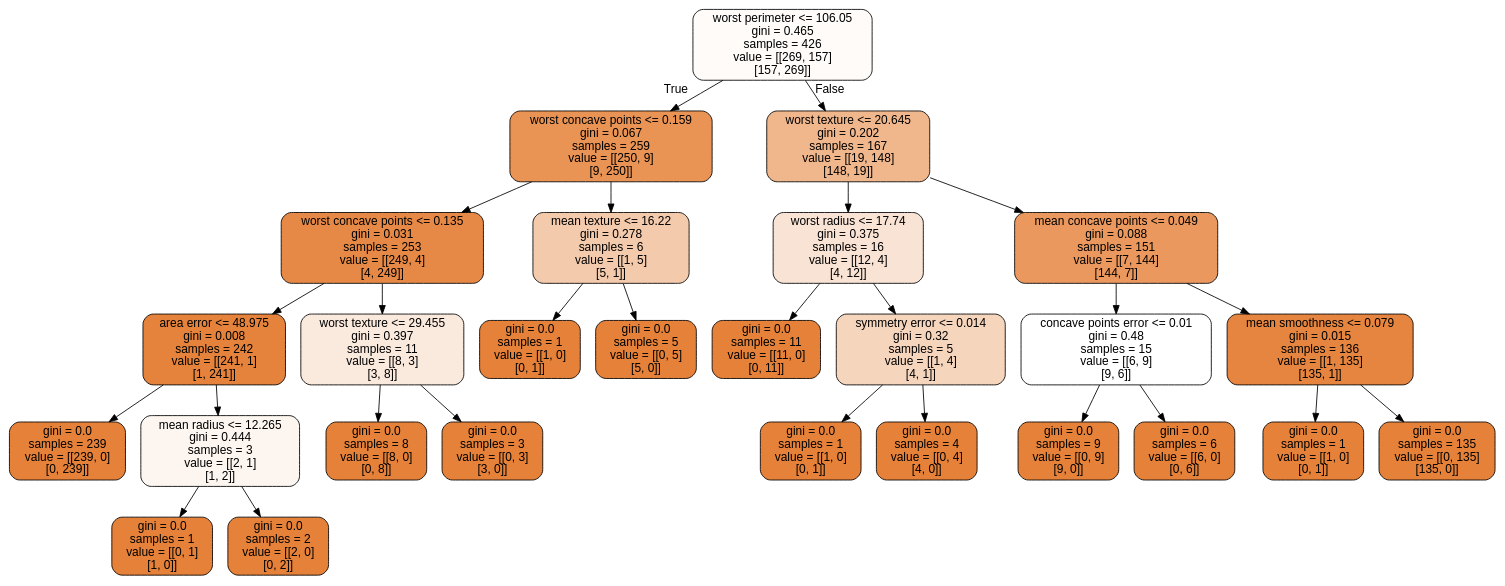
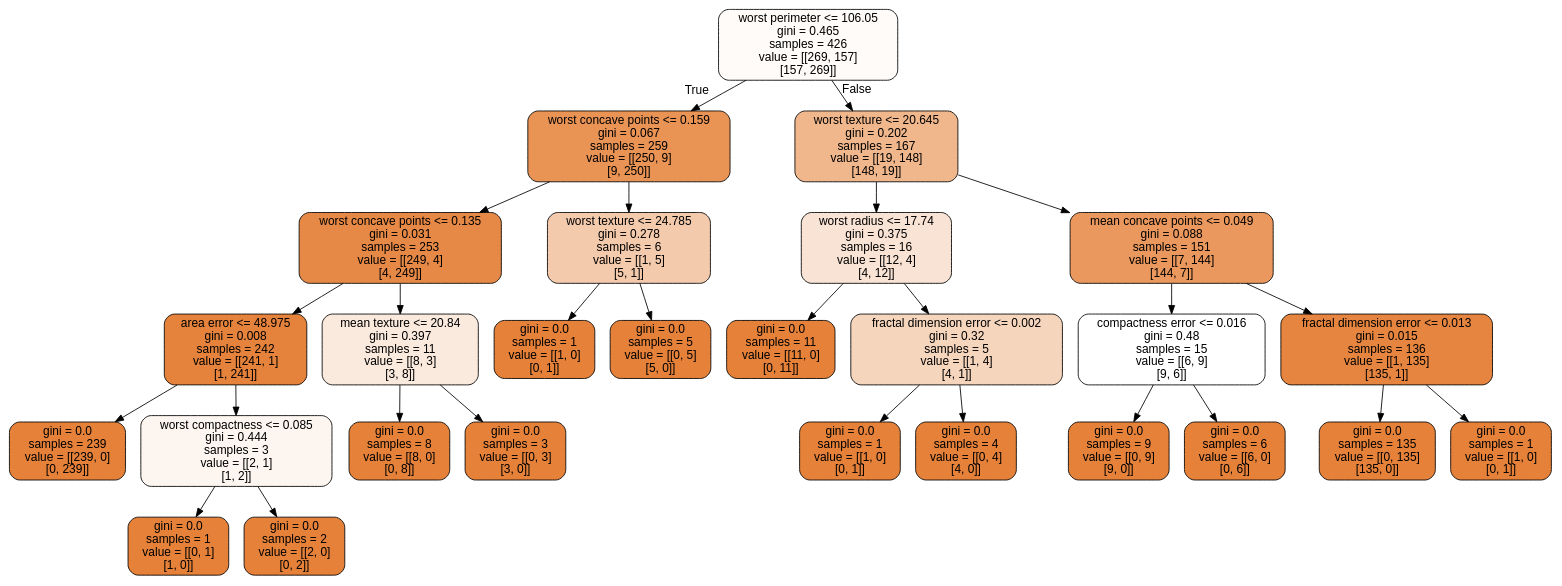
Before and after one commit to CompPhysics/MachineLearning: the diagram in doc/LectureNotes/DataFiles/cancer.dot, drawn with Graphviz. The commit also changed 169 other files, not shown here.

```diff
--- a/doc/LectureNotes/DataFiles/cancer.dot
+++ b/doc/LectureNotes/DataFiles/cancer.dot
@@ -1,57 +1,57 @@
 digraph Tree {
 node [shape=box, style="filled, rounded", color="black", fontname="helvetica"] ;
 edge [fontname="helvetica"] ;
 0 [label="worst perimeter <= 106.05\ngini = 0.465\nsamples = 426\nvalue = [[269, 157]\n[157, 269]]", fillcolor="#fefbf9"] ;
 1 [label="worst concave points <= 0.159\ngini = 0.067\nsamples = 259\nvalue = [[250, 9]\n[9, 250]]", fillcolor="#e99355"] ;
 0 -> 1 [labeldistance=2.5, labelangle=45, headlabel="True"] ;
 2 [label="worst concave points <= 0.135\ngini = 0.031\nsamples = 253\nvalue = [[249, 4]\n[4, 249]]", fillcolor="#e78946"] ;
 1 -> 2 ;
 3 [label="area error <= 48.975\ngini = 0.008\nsamples = 242\nvalue = [[241, 1]\n[1, 241]]", fillcolor="#e5833c"] ;
 2 -> 3 ;
 4 [label="gini = 0.0\nsamples = 239\nvalue = [[239, 0]\n[0, 239]]", fillcolor="#e58139"] ;
 3 -> 4 ;
-5 [label="mean radius <= 12.265\ngini = 0.444\nsamples = 3\nvalue = [[2, 1]\n[1, 2]]", fillcolor="#fdf6f0"] ;
+5 [label="worst compactness <= 0.085\ngini = 0.444\nsamples = 3\nvalue = [[2, 1]\n[1, 2]]", fillcolor="#fdf6f0"] ;
 3 -> 5 ;
 6 [label="gini = 0.0\nsamples = 1\nvalue = [[0, 1]\n[1, 0]]", fillcolor="#e58139"] ;
 5 -> 6 ;
 7 [label="gini = 0.0\nsamples = 2\nvalue = [[2, 0]\n[0, 2]]", fillcolor="#e58139"] ;
 5 -> 7 ;
-8 [label="worst texture <= 29.455\ngini = 0.397\nsamples = 11\nvalue = [[8, 3]\n[3, 8]]", fillcolor="#fae9dd"] ;
+8 [label="mean texture <= 20.84\ngini = 0.397\nsamples = 11\nvalue = [[8, 3]\n[3, 8]]", fillcolor="#fae9dd"] ;
 2 -> 8 ;
 9 [label="gini = 0.0\nsamples = 8\nvalue = [[8, 0]\n[0, 8]]", fillcolor="#e58139"] ;
 8 -> 9 ;
 10 [label="gini = 0.0\nsamples = 3\nvalue = [[0, 3]\n[3, 0]]", fillcolor="#e58139"] ;
 8 -> 10 ;
-11 [label="mean texture <= 16.22\ngini = 0.278\nsamples = 6\nvalue = [[1, 5]\n[5, 1]]", fillcolor="#f4caac"] ;
+11 [label="worst texture <= 24.785\ngini = 0.278\nsamples = 6\nvalue = [[1, 5]\n[5, 1]]", fillcolor="#f4caac"] ;
 1 -> 11 ;
 12 [label="gini = 0.0\nsamples = 1\nvalue = [[1, 0]\n[0, 1]]", fillcolor="#e58139"] ;
 11 -> 12 ;
 13 [label="gini = 0.0\nsamples = 5\nvalue = [[0, 5]\n[5, 0]]", fillcolor="#e58139"] ;
 11 -> 13 ;
 14 [label="worst texture <= 20.645\ngini = 0.202\nsamples = 167\nvalue = [[19, 148]\n[148, 19]]", fillcolor="#f0b68c"] ;
 0 -> 14 [labeldistance=2.5, labelangle=-45, headlabel="False"] ;
 15 [label="worst radius <= 17.74\ngini = 0.375\nsamples = 16\nvalue = [[12, 4]\n[4, 12]]", fillcolor="#f9e3d4"] ;
 14 -> 15 ;
 16 [label="gini = 0.0\nsamples = 11\nvalue = [[11, 0]\n[0, 11]]", fillcolor="#e58139"] ;
 15 -> 16 ;
-17 [label="symmetry error <= 0.014\ngini = 0.32\nsamples = 5\nvalue = [[1, 4]\n[4, 1]]", fillcolor="#f6d5bd"] ;
+17 [label="fractal dimension error <= 0.002\ngini = 0.32\nsamples = 5\nvalue = [[1, 4]\n[4, 1]]", fillcolor="#f6d5bd"] ;
 15 -> 17 ;
 18 [label="gini = 0.0\nsamples = 1\nvalue = [[1, 0]\n[0, 1]]", fillcolor="#e58139"] ;
 17 -> 18 ;
 19 [label="gini = 0.0\nsamples = 4\nvalue = [[0, 4]\n[4, 0]]", fillcolor="#e58139"] ;
 17 -> 19 ;
 20 [label="mean concave points <= 0.049\ngini = 0.088\nsamples = 151\nvalue = [[7, 144]\n[144, 7]]", fillcolor="#ea985d"] ;
 14 -> 20 ;
-21 [label="concave points error <= 0.01\ngini = 0.48\nsamples = 15\nvalue = [[6, 9]\n[9, 6]]", fillcolor="#ffffff"] ;
+21 [label="compactness error <= 0.016\ngini = 0.48\nsamples = 15\nvalue = [[6, 9]\n[9, 6]]", fillcolor="#ffffff"] ;
 20 -> 21 ;
 22 [label="gini = 0.0\nsamples = 9\nvalue = [[0, 9]\n[9, 0]]", fillcolor="#e58139"] ;
 21 -> 22 ;
 23 [label="gini = 0.0\nsamples = 6\nvalue = [[6, 0]\n[0, 6]]", fillcolor="#e58139"] ;
 21 -> 23 ;
-24 [label="mean smoothness <= 0.079\ngini = 0.015\nsamples = 136\nvalue = [[1, 135]\n[135, 1]]", fillcolor="#e6853f"] ;
+24 [label="fractal dimension error <= 0.013\ngini = 0.015\nsamples = 136\nvalue = [[1, 135]\n[135, 1]]", fillcolor="#e6853f"] ;
 20 -> 24 ;
-25 [label="gini = 0.0\nsamples = 1\nvalue = [[1, 0]\n[0, 1]]", fillcolor="#e58139"] ;
+25 [label="gini = 0.0\nsamples = 135\nvalue = [[0, 135]\n[135, 0]]", fillcolor="#e58139"] ;
 24 -> 25 ;
-26 [label="gini = 0.0\nsamples = 135\nvalue = [[0, 135]\n[135, 0]]", fillcolor="#e58139"] ;
+26 [label="gini = 0.0\nsamples = 1\nvalue = [[1, 0]\n[0, 1]]", fillcolor="#e58139"] ;
 24 -> 26 ;
 }
```
